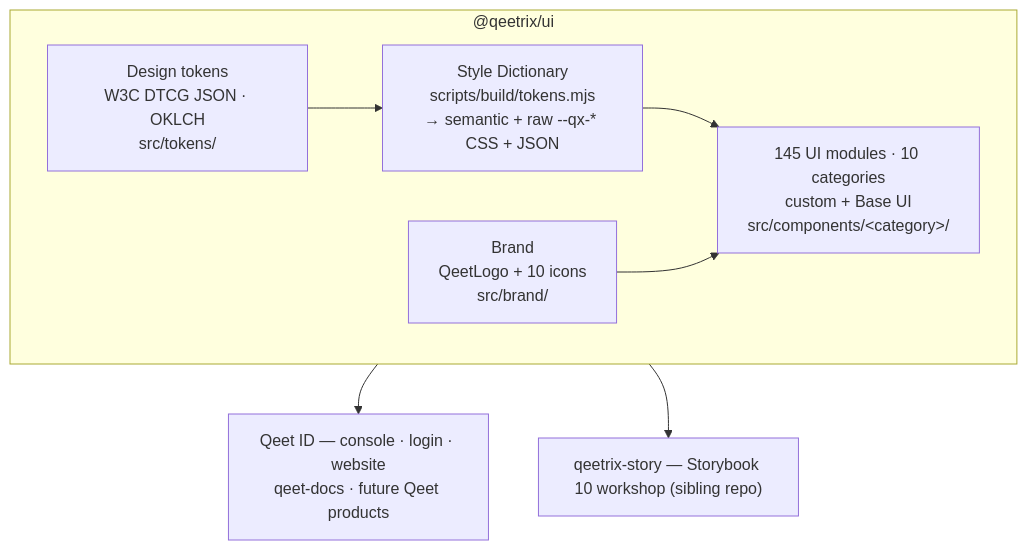
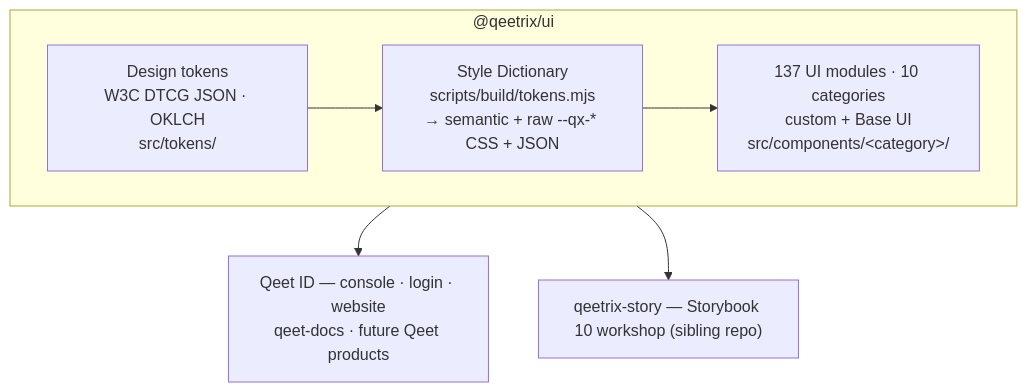
One commit to qeetgroup/qeetrix-ui changed the diagram in README.md. Above: the diagram before and after it, drawn with Mermaid. The commit also changed other lines of this file and 109 other files, not shown here.

````diff
--- a/README.md
+++ b/README.md
@@ -55,18 +55,16 @@
 ```mermaid
 flowchart TB
     subgraph pkg["@qeetrix/ui"]
         direction LR
         tokens["Design tokens<br/>W3C DTCG JSON · OKLCH<br/>src/tokens/"]
         sd["Style Dictionary<br/>scripts/build/tokens.mjs<br/>→ semantic + raw --qx-* CSS + JSON"]
-        comps["145 UI modules · 10 categories<br/>custom + Base UI<br/>src/components/&lt;category&gt;/"]
-        brand["Brand<br/>QeetLogo + 10 icons<br/>src/brand/"]
+        comps["137 UI modules · 10 categories<br/>custom + Base UI<br/>src/components/&lt;category&gt;/"]
         tokens --> sd --> comps
-        brand --> comps
     end
 
     consumers["Qeet ID — console · login · website<br/>qeet-docs · future Qeet products"]
     workshop["qeetrix-story — Storybook 10 workshop (sibling repo)"]
 
     comps --> consumers
     comps --> workshop
 ```
````
